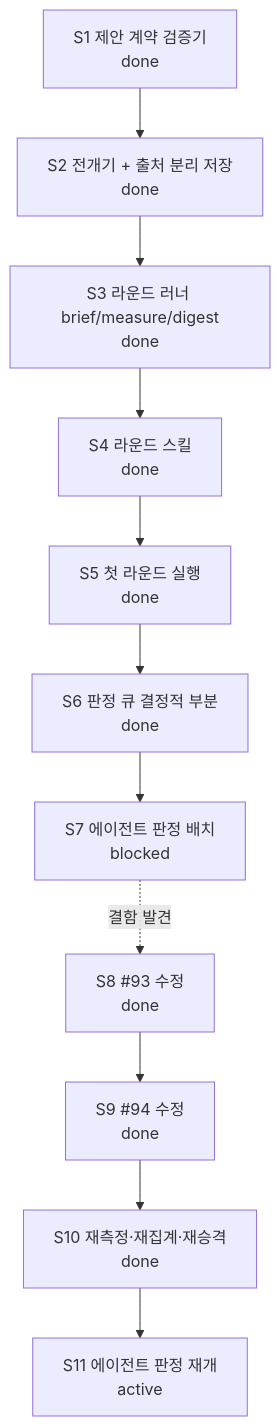
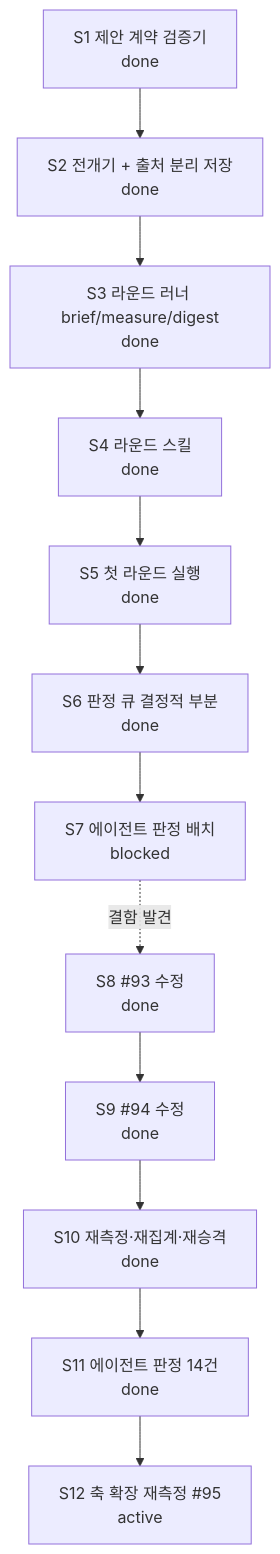
The diagram in docs/CURRENT-PLAN.md (skerfolg/poe2-ai-wiki), drawn with Mermaid before and after one commit. The commit also changed other lines of this file and 5 other files, not shown here.

````diff
--- a/docs/CURRENT-PLAN.md
+++ b/docs/CURRENT-PLAN.md
@@ -23,16 +23,17 @@
 ```mermaid
 flowchart TD
   CONTRACT[S1 제안 계약 검증기<br/>done]
   FLOW[S2 전개기 + 출처 분리 저장<br/>done]
   ROUND[S3 라운드 러너 brief/measure/digest<br/>done]
   SKILL[S4 라운드 스킬<br/>done]
   FIRST[S5 첫 라운드 실행<br/>done]
   NECESS[S6 판정 큐 결정적 부분<br/>done]
   JUDGE[S7 에이전트 판정 배치<br/>blocked]
   FIX[S8 #93 수정<br/>done]
   REMEAS[S9 #94 수정<br/>done]
   REAGG[S10 재측정·재집계·재승격<br/>done]
-  RESUME[S11 에이전트 판정 재개<br/>active]
+  RESUME[S11 에이전트 판정 14건<br/>done]
+  AXES[S12 축 확장 재측정 #95<br/>active]
   CONTRACT --> FLOW --> ROUND --> SKILL --> FIRST --> NECESS --> JUDGE
-  JUDGE -. 결함 발견 .-> FIX --> REMEAS --> REAGG --> RESUME
+  JUDGE -. 결함 발견 .-> FIX --> REMEAS --> REAGG --> RESUME --> AXES
 ```
````
